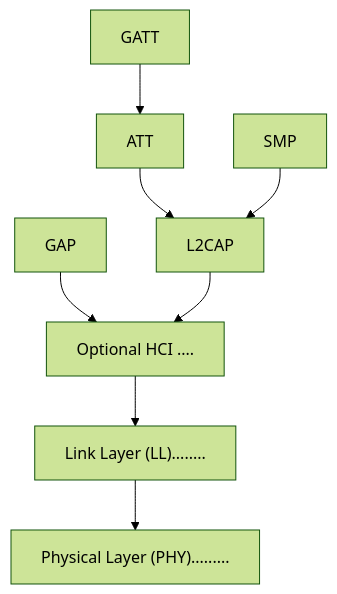
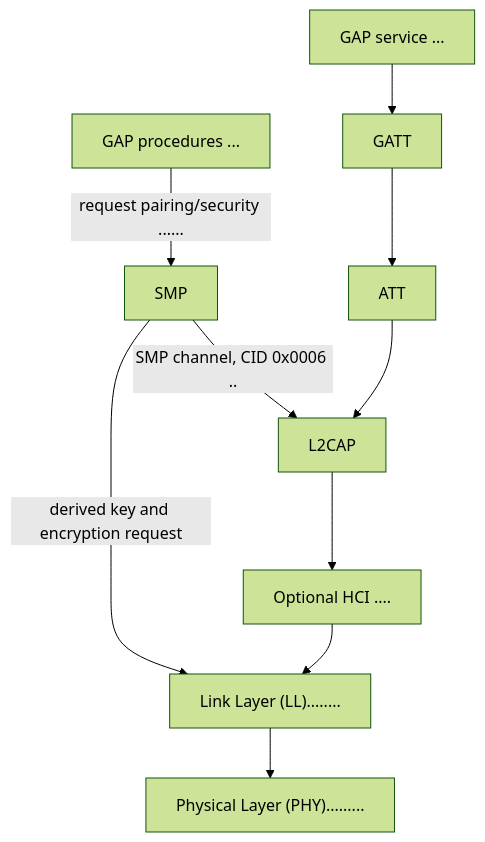
One commit to unicab369/CH-Mess changed the diagram in iSLER-mess/README-BLE.md. Above: the diagram before and after it, drawn with Mermaid (forest theme). The commit also changed other lines of this file and 36 other files, not shown here.

````diff
--- a/iSLER-mess/README-BLE.md
+++ b/iSLER-mess/README-BLE.md
@@ -1,7 +1,9 @@
 ```mermaid
 flowchart TB
-    GAP["GAP"] --> HCI["Optional HCI ...."]
-    GATT["GATT"] --> ATT["ATT"] --> L2CAP["L2CAP"] --> HCI
-    SMP["SMP"] --> L2CAP
-    HCI --> LinkLayer["Link Layer (LL)........"] --> PhysicalLayer["Physical Layer (PHY)........."]
+    GAPProcedures["GAP procedures ..."] -->|request pairing/security ......| SMP["SMP"]
+    GAPService["GAP service ..."] --> GATT["GATT"] --> ATT["ATT"] --> L2CAP["L2CAP"]
+    SMP -->|SMP channel, CID 0x0006 ..| L2CAP
+    SMP -->|derived key and encryption request| LinkLayer["Link Layer (LL)........"]
+    L2CAP --> HCI["Optional HCI ...."] --> LinkLayer["Link Layer (LL)........"]
+    LinkLayer --> PhysicalLayer["Physical Layer (PHY)........."]
 ```
````
